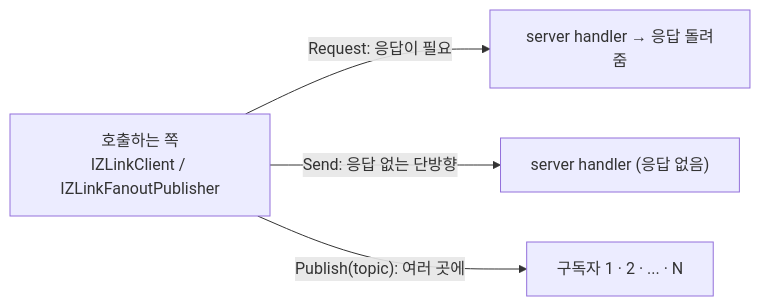
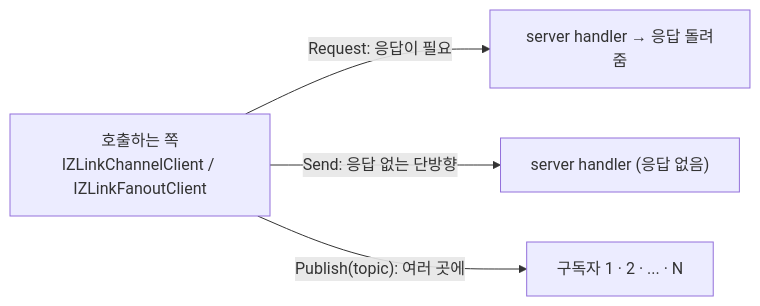
Before and after one commit to kairos-code-dev/zlink: the diagram in framework/languages/dotnet/doc/guide/04-channel-messaging.ko.md, drawn with Mermaid. The commit also changed other lines of this file and 109 other files, not shown here.

````diff
--- a/framework/languages/dotnet/doc/guide/04-channel-messaging.ko.md
+++ b/framework/languages/dotnet/doc/guide/04-channel-messaging.ko.md
@@ -24,7 +24,7 @@
 ```mermaid
 flowchart LR
-  CL["호출하는 쪽<br/>IZLinkClient / IZLinkFanoutPublisher"]
+  CL["호출하는 쪽<br/>IZLinkChannelClient / IZLinkFanoutClient"]
   CL -->|"Request: 응답이 필요"| H1["server handler → 응답 돌려줌"]
   CL -->|"Send: 응답 없는 단방향"| H2["server handler (응답 없음)"]
   CL -->|"Publish(topic): 여러 곳에"| SUB["구독자 1 · 2 · ... · N"]
 ```
````
